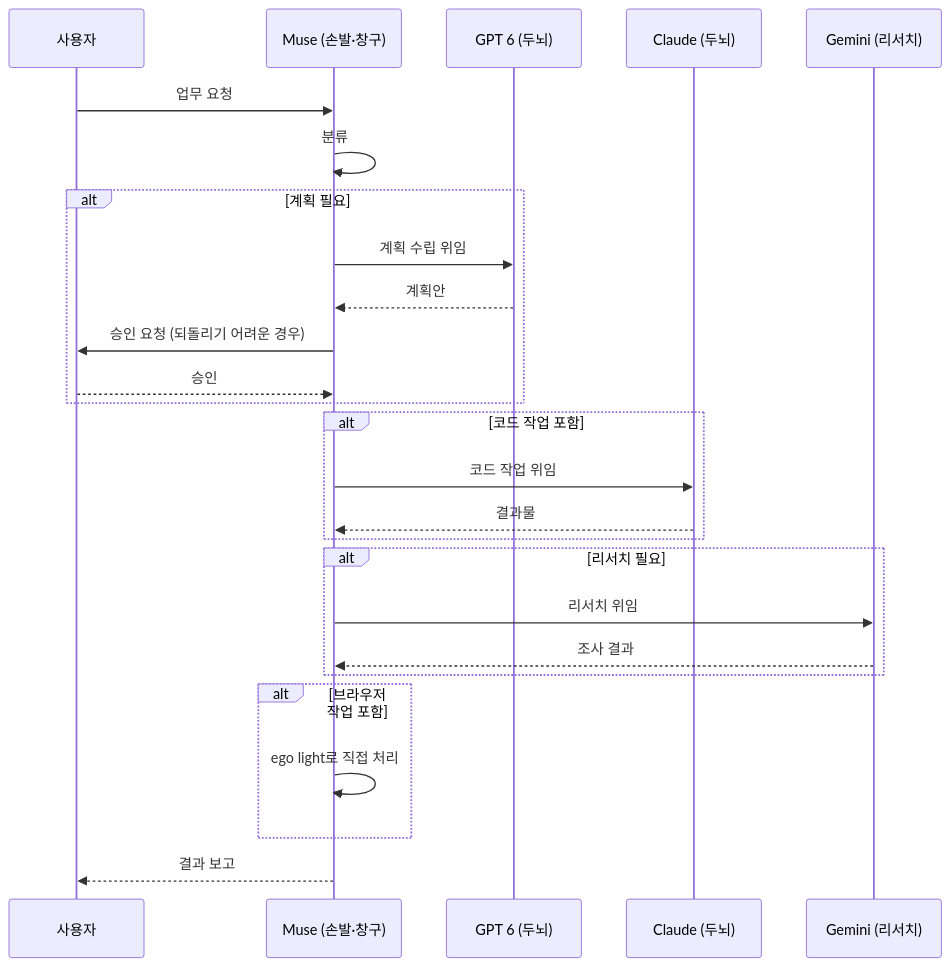
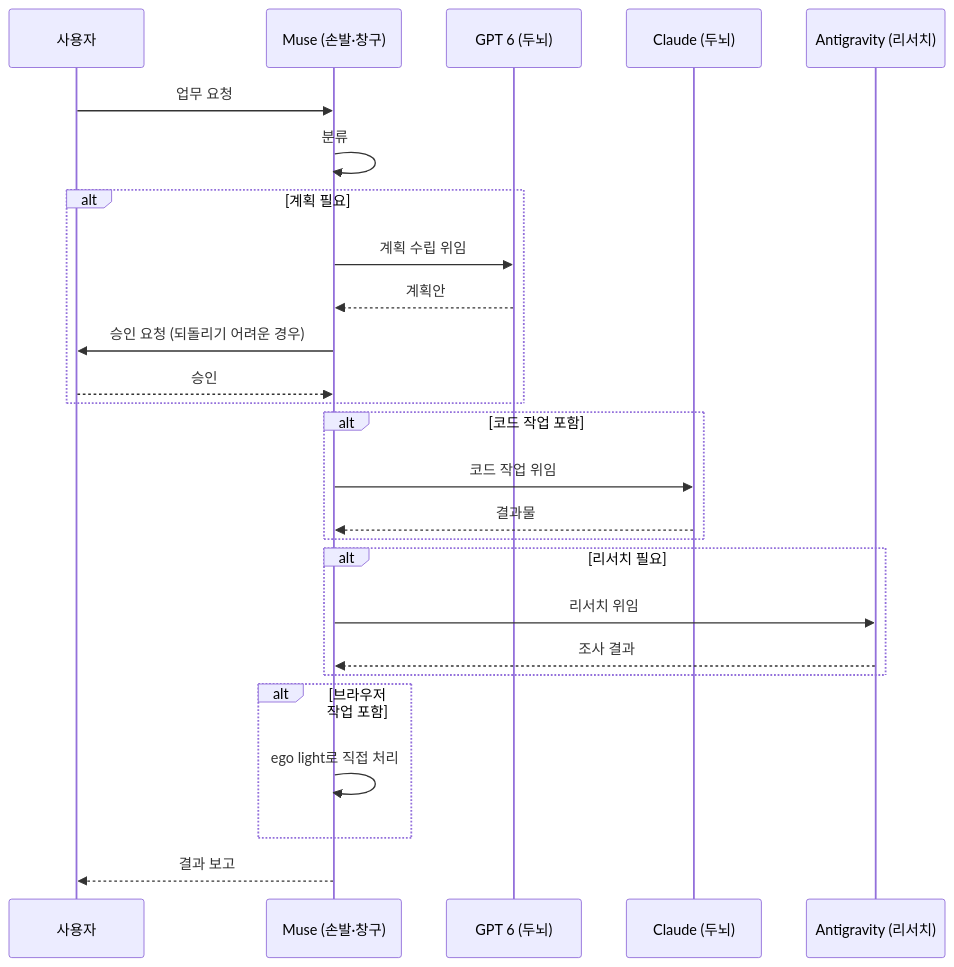
Before and after one commit to groundroot/muse-orchestration: the second of 2 diagrams in ORCHESTRATION.md, drawn with Mermaid. The commit also changed other lines of this file and 4 other files, not shown here.

Commit message:
Gemini CLI → Antigravity CLI로 전환 (공식 후속, agy)

````diff
--- a/ORCHESTRATION.md
+++ b/ORCHESTRATION.md
@@ -176,29 +176,29 @@
 ```mermaid
 sequenceDiagram
     participant U as 사용자
     participant M as Muse (손발·창구)
     participant G as GPT 6 (두뇌)
     participant C as Claude (두뇌)
-    participant Ge as Gemini (리서치)
+    participant Ge as Antigravity (리서치)
 
     U->>M: 업무 요청
     M->>M: 분류
     alt 계획 필요
         M->>G: 계획 수립 위임
         G-->>M: 계획안
         M->>U: 승인 요청 (되돌리기 어려운 경우)
         U-->>M: 승인
     end
     alt 코드 작업 포함
         M->>C: 코드 작업 위임
         C-->>M: 결과물
     end
     alt 리서치 필요
         M->>Ge: 리서치 위임
         Ge-->>M: 조사 결과
     end
     alt 브라우저 작업 포함
         M->>M: ego light로 직접 처리
     end
     M-->>U: 결과 보고
 ```
````
